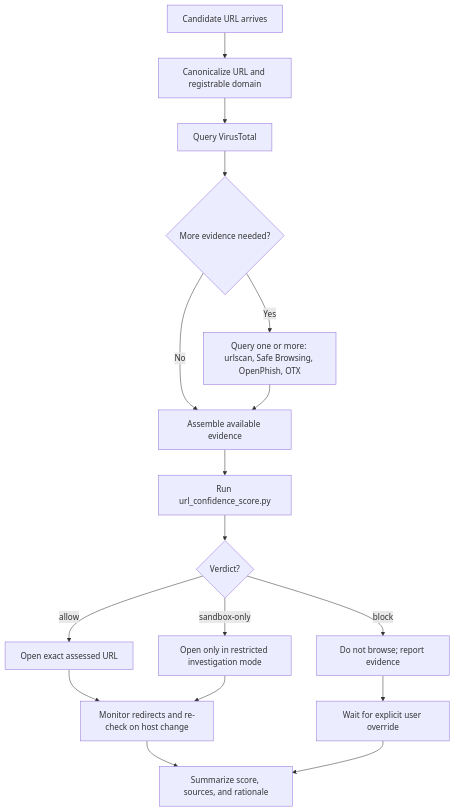
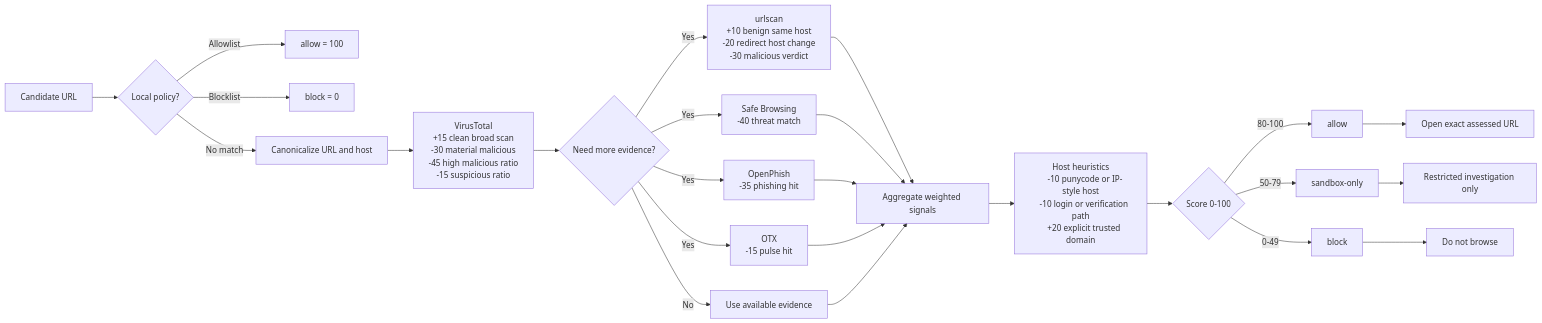
Before and after one commit to AlexCalz/safe-web-confidence-protocol: the diagram in skills/safe-web-confidence-protocol/references/protocol-diagram.md, drawn with Mermaid. The commit also changed other lines of this file and 1 other file, not shown here.

Commit message:
Compact protocol diagram and show weights

````diff
--- a/skills/safe-web-confidence-protocol/references/protocol-diagram.md
+++ b/skills/safe-web-confidence-protocol/references/protocol-diagram.md
@@ -3,19 +3,40 @@
 ```mermaid
-flowchart TD
-    A["Candidate URL arrives"] --> B["Canonicalize URL and registrable domain"]
-    B --> C["Query VirusTotal"]
-    C --> D{"More evidence needed?"}
-    D -->|Yes| E["Query one or more: urlscan, Safe Browsing, OpenPhish, OTX"]
-    D -->|No| F["Assemble available evidence"]
-    E --> F
-    F --> G["Run url_confidence_score.py"]
-    G --> H{"Verdict?"}
-    H -->|allow| I["Open exact assessed URL"]
-    H -->|sandbox-only| J["Open only in restricted investigation mode"]
-    H -->|block| K["Do not browse; report evidence"]
-    I --> L["Monitor redirects and re-check on host change"]
-    J --> L
-    K --> M["Wait for explicit user override"]
-    L --> N["Summarize score, sources, and rationale"]
-    M --> N
+flowchart LR
+    A["Candidate URL"] --> B{"Local policy?"}
+    B -->|Allowlist| C["allow = 100"]
+    B -->|Blocklist| D["block = 0"]
+    B -->|No match| E["Canonicalize URL and host"]
+    E --> F["VirusTotal
+    +15 clean broad scan
+    -30 material malicious
+    -45 high malicious ratio
+    -15 suspicious ratio"]
+    F --> G{"Need more evidence?"}
+    G -->|Yes| H["urlscan
+    +10 benign same host
+    -20 redirect host change
+    -30 malicious verdict"]
+    G -->|Yes| I["Safe Browsing
+    -40 threat match"]
+    G -->|Yes| J["OpenPhish
+    -35 phishing hit"]
+    G -->|Yes| K["OTX
+    -15 pulse hit"]
+    G -->|No| L["Use available evidence"]
+    H --> M["Aggregate weighted signals"]
+    I --> M
+    J --> M
+    K --> M
+    L --> M
+    M --> N["Host heuristics
+    -10 punycode or IP-style host
+    -10 login or verification path
+    +20 explicit trusted domain"]
+    N --> O{"Score 0-100"}
+    O -->|80-100| P["allow"]
+    O -->|50-79| Q["sandbox-only"]
+    O -->|0-49| R["block"]
+    P --> S["Open exact assessed URL"]
+    Q --> T["Restricted investigation only"]
+    R --> U["Do not browse"]
 ```
````
